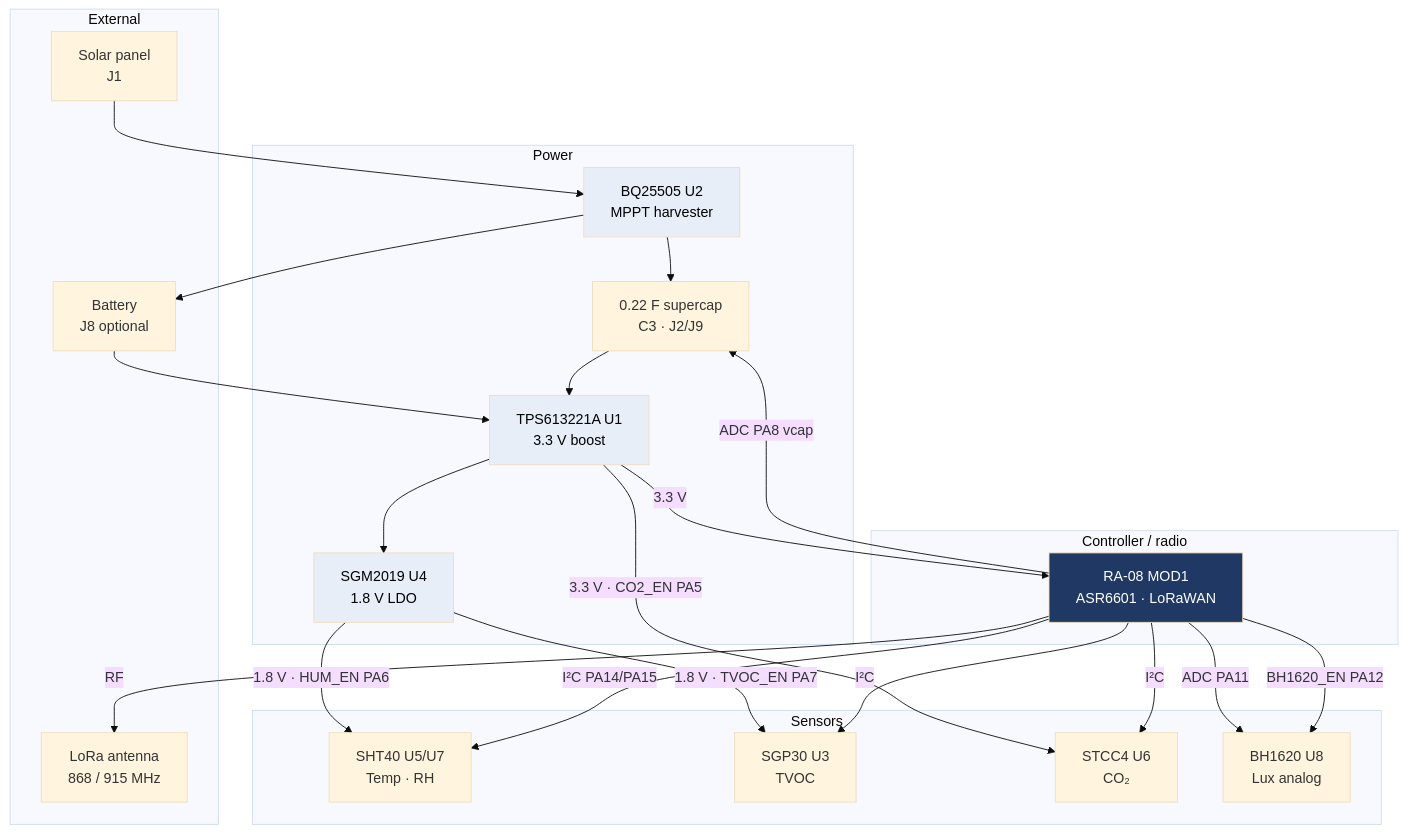
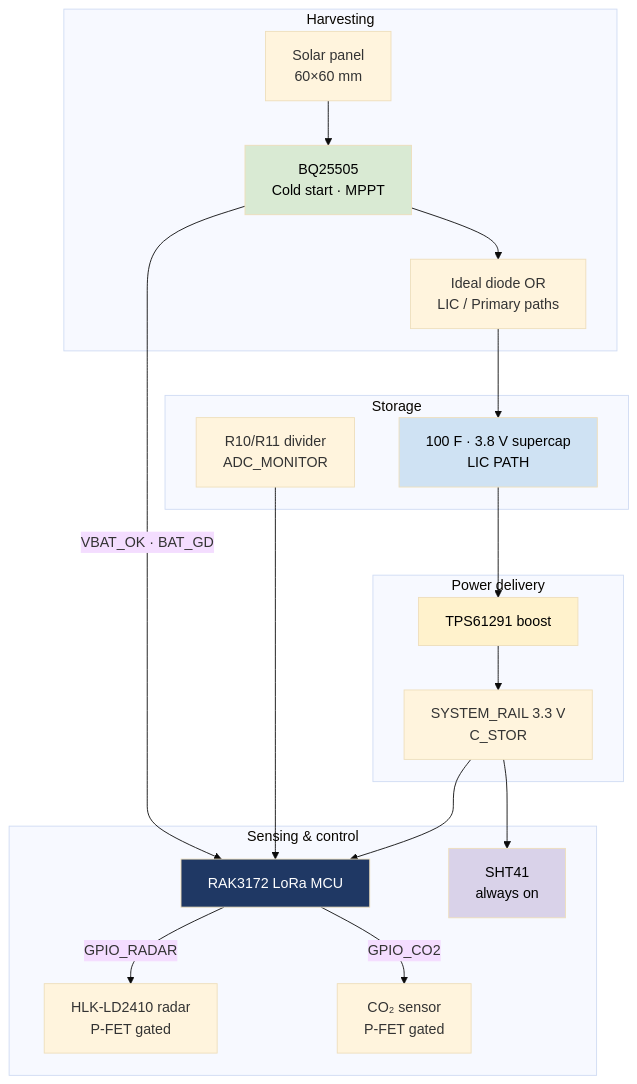
Before and after one commit to temcocontrols/Solar-Powered-Lora-Sensor: the diagram in Docs/schematic_block_diagram.mmd, drawn with Mermaid (base theme). The commit also changed 15 other files, not shown here.

First line of the commit message:
Docs: update to hybrid power/control architecture

```diff
--- a/Docs/schematic_block_diagram.mmd
+++ b/Docs/schematic_block_diagram.mmd
@@ -1,49 +1,41 @@
 flowchart TB
-    subgraph EXT["External"]
-        SOLAR["Solar panel<br/>J1"]
-        ANT["LoRa antenna<br/>868 / 915 MHz"]
-        BAT["Battery<br/>J8 optional"]
+    subgraph HARVEST["Harvesting"]
+        SOLAR["Solar panel<br/>60×60 mm"]
+        BQ["BQ25505<br/>Cold start · MPPT"]
+        OR["Ideal diode OR<br/>LIC / Primary paths"]
     end
 
-    subgraph PWR["Power"]
-        BQ["BQ25505 U2<br/>MPPT harvester"]
-        SCAP["0.22 F supercap<br/>C3 · J2/J9"]
-        BOOST["TPS613221A U1<br/>3.3 V boost"]
-        LDO["SGM2019 U4<br/>1.8 V LDO"]
+    subgraph STORE["Storage"]
+        SCAP["100 F · 3.8 V supercap<br/>LIC PATH"]
+        DIV["R10/R11 divider<br/>ADC_MONITOR"]
     end
 
-    subgraph MCU["Controller / radio"]
-        RA["RA-08 MOD1<br/>ASR6601 · LoRaWAN"]
+    subgraph DELIV["Power delivery"]
+        BOOST["TPS61291 boost"]
+        RAIL["SYSTEM_RAIL 3.3 V<br/>C_STOR"]
     end
 
-    subgraph SNS["Sensors"]
-        SHT["SHT40 U5/U7<br/>Temp · RH"]
-        SGP["SGP30 U3<br/>TVOC"]
-        CO2["STCC4 U6<br/>CO₂"]
-        LUX["BH1620 U8<br/>Lux analog"]
+    subgraph CTRL["Sensing & control"]
+        MCU["RAK3172 LoRa MCU"]
+        SHT["SHT41<br/>always on"]
+        RAD["HLK-LD2410 radar<br/>P-FET gated"]
+        CO2["CO₂ sensor<br/>P-FET gated"]
     end
 
     SOLAR --> BQ
-    BQ --> SCAP
-    BQ --> BAT
+    BQ --> OR
+    OR --> SCAP
     SCAP --> BOOST
-    BAT --> BOOST
+    BOOST --> RAIL
+    RAIL --> MCU
+    RAIL --> SHT
+    MCU -->|"GPIO_RADAR"| RAD
+    MCU -->|"GPIO_CO2"| CO2
+    DIV --> MCU
+    BQ -->|"VBAT_OK · BAT_GD"| MCU
 
-    BOOST -->|"3.3 V"| RA
-    BOOST -->|"3.3 V · CO2_EN PA5"| CO2
-    BOOST --> LDO
-    LDO -->|"1.8 V · HUM_EN PA6"| SHT
-    LDO -->|"1.8 V · TVOC_EN PA7"| SGP
-
-    RA -->|"I²C PA14/PA15"| SHT
-    RA -->|"I²C"| SGP
-    RA -->|"I²C"| CO2
-    RA -->|"ADC PA11"| LUX
-    RA -->|"ADC PA8 vcap"| SCAP
-    RA -->|"BH1620_EN PA12"| LUX
-    RA -->|"RF"| ANT
-
-    style RA fill:#1f3864,color:#fff
-    style BQ fill:#e8eef7,color:#000
-    style BOOST fill:#e8eef7,color:#000
-    style LDO fill:#e8eef7,color:#000
+    style MCU fill:#1f3864,color:#fff
+    style BQ fill:#d9ead3,color:#000
+    style SCAP fill:#cfe2f3,color:#000
+    style BOOST fill:#fff2cc,color:#000
+    style SHT fill:#d9d2e9,color:#000
```
